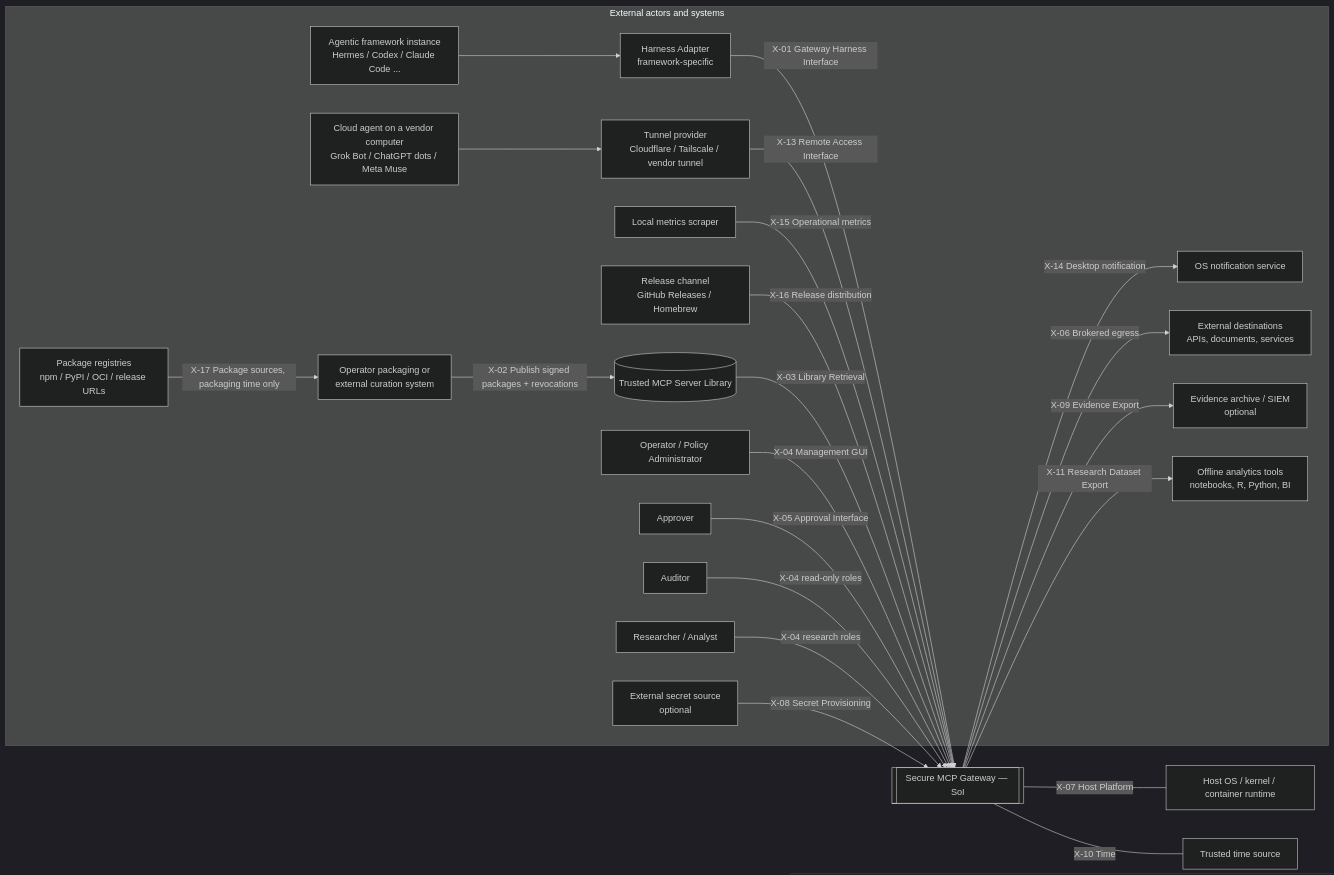
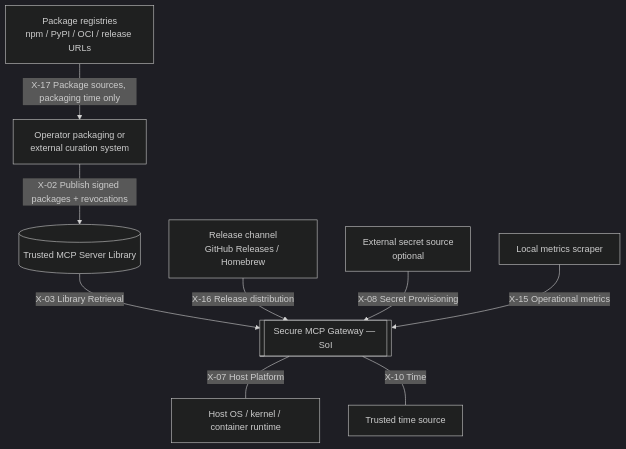
One commit to ethan03805/Secure-MCP-Gateway changed the second of 18 diagrams in ArchitectureV2.md. Above: the diagram before and after it, drawn with Mermaid (dark theme). The commit also changed other lines of this file and 18 other files, not shown here.

First line of the commit message:
Site diagrams fit their page: responsive Mermaid, re-laid-out diagrams, diagram check in CI (#95)

````diff
--- a/ArchitectureV2.md
+++ b/ArchitectureV2.md
@@ -73,44 +92,12 @@
 ```mermaid
-flowchart LR
-  subgraph EXT[External actors and systems]
-    AF[Agentic framework instance<br/>Hermes / Codex / Claude Code ...]
-    HA[Harness Adapter<br/>framework-specific]
-    CA[Cloud agent on a vendor computer<br/>Grok Bot / ChatGPT dots / Meta Muse]
-    TUN[Tunnel provider<br/>Cloudflare / Tailscale / vendor tunnel]
-    CUR[Operator packaging or<br/>external curation system]
-    REG[Package registries<br/>npm / PyPI / OCI / release URLs]
-    NOTE[OS notification service]
-    MET[Local metrics scraper]
-    REL[Release channel<br/>GitHub Releases / Homebrew]
-    LIB[(Trusted MCP Server Library)]
-    OP[Operator / Policy Administrator]
-    AP[Approver]
-    AUD[Auditor]
-    RES[Researcher / Analyst]
-    NET[External destinations<br/>APIs, documents, services]
-    SSRC[External secret source<br/>optional]
-    ARC[Evidence archive / SIEM<br/>optional]
-    OFF[Offline analytics tools<br/>notebooks, R, Python, BI]
-  end
-  AF --> HA
-  HA -->|X-01 Gateway Harness Interface| GW
-  CA --> TUN
-  TUN -->|X-13 Remote Access Interface| GW
-  REG -->|X-17 Package sources, packaging time only| CUR
-  CUR -->|X-02 Publish signed packages + revocations| LIB
-  GW -->|X-14 Desktop notification| NOTE
-  MET -->|X-15 Operational metrics| GW
-  REL -->|X-16 Release distribution| GW
+flowchart TB
+  REG[Package registries<br/>npm / PyPI / OCI / release URLs] -->|X-17 Package sources, packaging time only| CUR[Operator packaging or<br/>external curation system]
+  CUR -->|X-02 Publish signed packages + revocations| LIB[(Trusted MCP Server Library)]
   LIB -->|X-03 Library Retrieval| GW
-  OP -->|X-04 Management GUI| GW
-  AP -->|X-05 Approval Interface| GW
-  AUD -->|X-04 read-only roles| GW
-  RES -->|X-04 research roles| GW
-  GW -->|X-06 Brokered egress| NET
-  SSRC -->|X-08 Secret Provisioning| GW
-  GW -->|X-09 Evidence Export| ARC
-  GW -->|X-11 Research Dataset Export| OFF
+  REL[Release channel<br/>GitHub Releases / Homebrew] -->|X-16 Release distribution| GW
+  SSRC[External secret source<br/>optional] -->|X-08 Secret Provisioning| GW
+  MET[Local metrics scraper] -->|X-15 Operational metrics| GW
   GW[[Secure MCP Gateway — SoI]]
   GW ---|X-07 Host Platform| HOST[Host OS / kernel / container runtime]
   GW ---|X-10 Time| TIME[Trusted time source]
 ```
````
